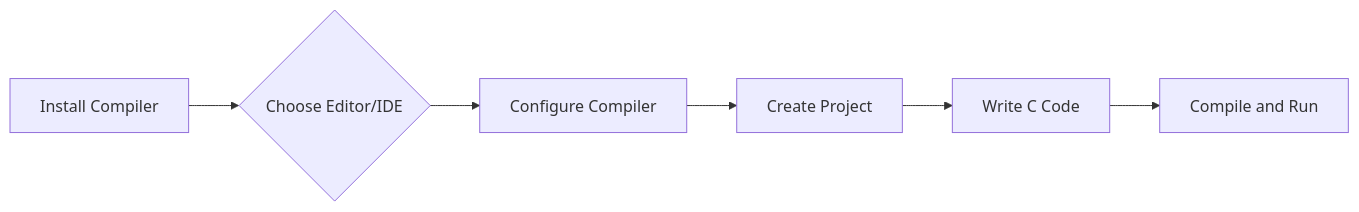
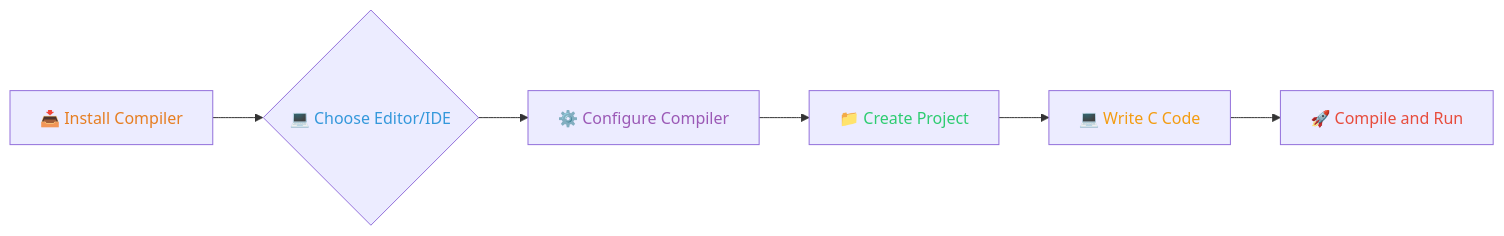
The third of 3 diagrams in _posts/2024-11-04-c-language-basics.md (infoyouth/infoyouth.github.io), drawn with Mermaid before and after one commit. The commit also changed other lines of this file, not shown here.

````diff
--- a/_posts/2024-11-04-c-language-basics.md
+++ b/_posts/2024-11-04-c-language-basics.md
@@ -172,8 +181,9 @@
 ```mermaid
 graph LR
-    A[Install Compiler] --> B{Choose Editor/IDE}
-    B --> C[Configure Compiler]
-    C --> D[Create Project]
-    D --> E[Write C Code]
-    E --> F[Compile and Run]
+    A[📥 <span style="color:#e67e22">Install Compiler</span>] --> B{💻 <span style="color:#3498db">Choose Editor/IDE</span>}
+    B --> C[⚙️ <span style="color:#9b59b6">Configure Compiler</span>]
+    C --> D[📁 <span style="color:#2ecc71">Create Project</span>]
+    D --> E[💻 <span style="color:#f39c12">Write C Code</span>]
+    E --> F[🚀 <span style="color:#e74c3c">Compile and Run</span>]
+
 ```
````
